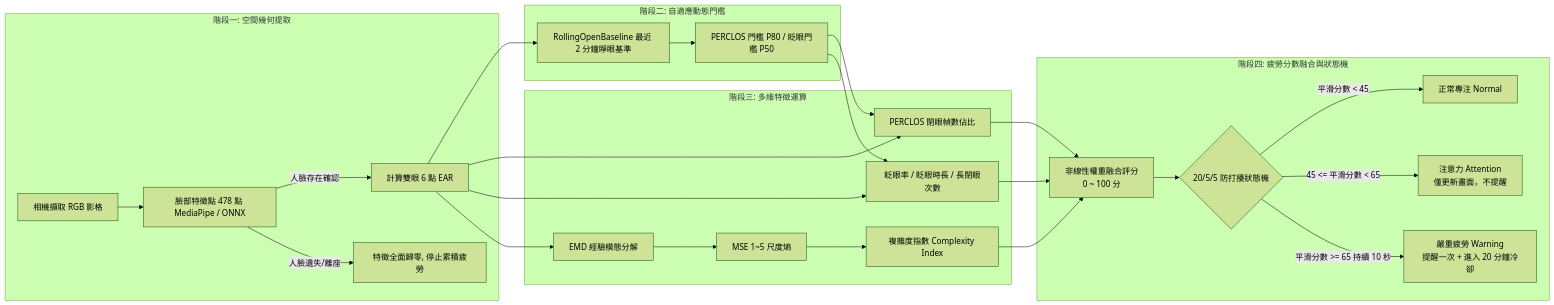
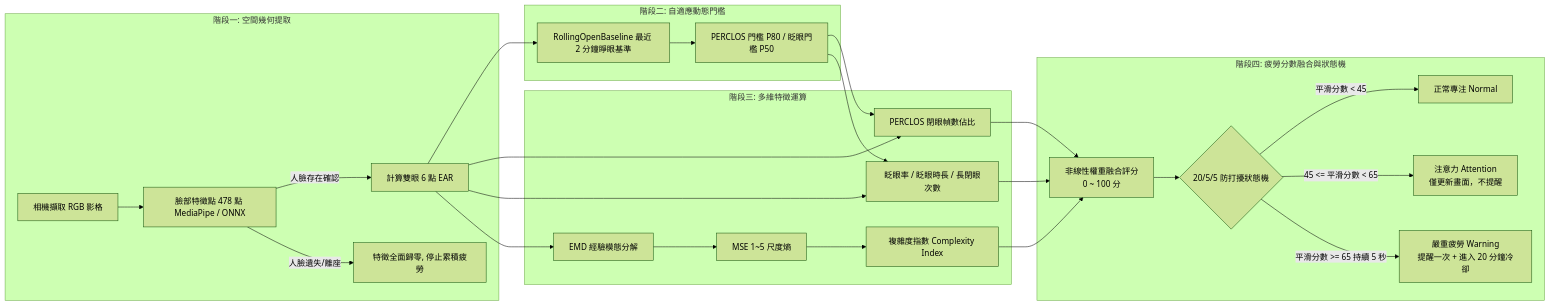
Before and after one commit to ourboros/EFD: the third of 4 diagrams in README.md, drawn with Mermaid (forest theme). The commit also changed other lines of this file and 7 other files, not shown here.

````diff
--- a/README.md
+++ b/README.md
@@ -163,29 +163,29 @@
 ```mermaid
 flowchart LR
     subgraph S1 [階段一: 空間幾何提取]
         CAM[相機擷取 RGB 影格] --> FL[臉部特徵點 478 點 MediaPipe / ONNX]
         FL -->|人臉存在確認| EAR[計算雙眼 6 點 EAR]
         FL -->|人臉遺失/離座| ZERO[特徵全面歸零, 停止累積疲勞]
     end
 
     subgraph S2 [階段二: 自適應動態門檻]
         EAR --> AB[RollingOpenBaseline 最近 2 分鐘睜眼基準]
         AB --> THRESH[PERCLOS 門檻 P80 / 眨眼門檻 P50]
     end
 
     subgraph S3 [階段三: 多維特徵運算]
         EAR & THRESH --> PERCLOS[PERCLOS 閉眼幀數佔比]
         EAR & THRESH --> BLINK[眨眼率 / 眨眼時長 / 長閉眼次數]
         EAR --> EMD_PROC[EMD 經驗模態分解]
         EMD_PROC --> MSE_PROC[MSE 1~5 尺度熵]
         MSE_PROC --> CI[複雜度指數 Complexity Index]
     end
 
     subgraph S4 [階段四: 疲勞分數融合與狀態機]
         PERCLOS & BLINK & CI --> FUSION[非線性權重融合評分\n0 ~ 100 分]
         FUSION --> FSM{20/5/5 防打擾狀態機}
         FSM -->|平滑分數 < 45| NORMAL[正常專注 Normal]
         FSM -->|45 <= 平滑分數 < 65| ALERT[注意力 Attention\n僅更新畫面，不提醒]
-        FSM -->|平滑分數 >= 65 持續 10 秒| SEVERE[嚴重疲勞 Warning\n提醒一次 + 進入 20 分鐘冷卻]
+        FSM -->|平滑分數 >= 65 持續 5 秒| SEVERE[嚴重疲勞 Warning\n提醒一次 + 進入 20 分鐘冷卻]
     end
 ```
````
